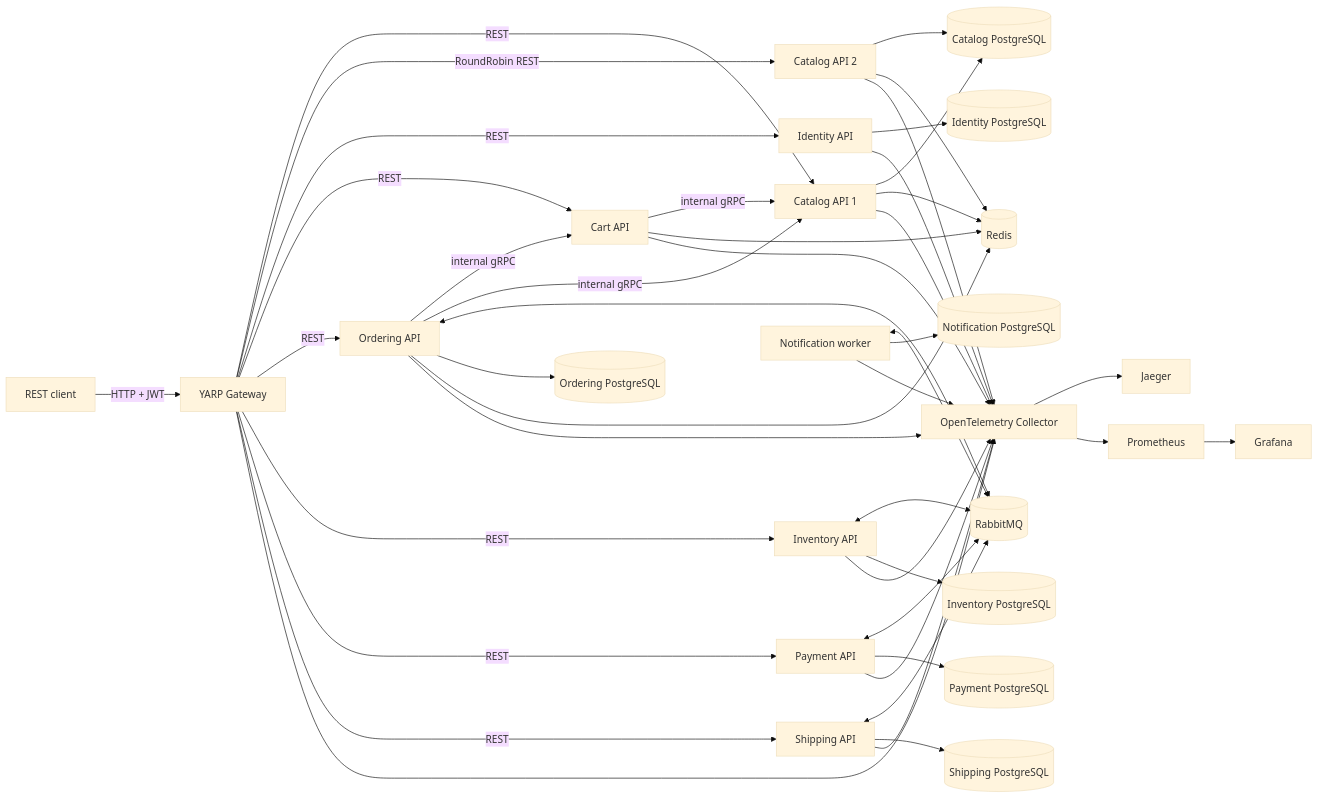
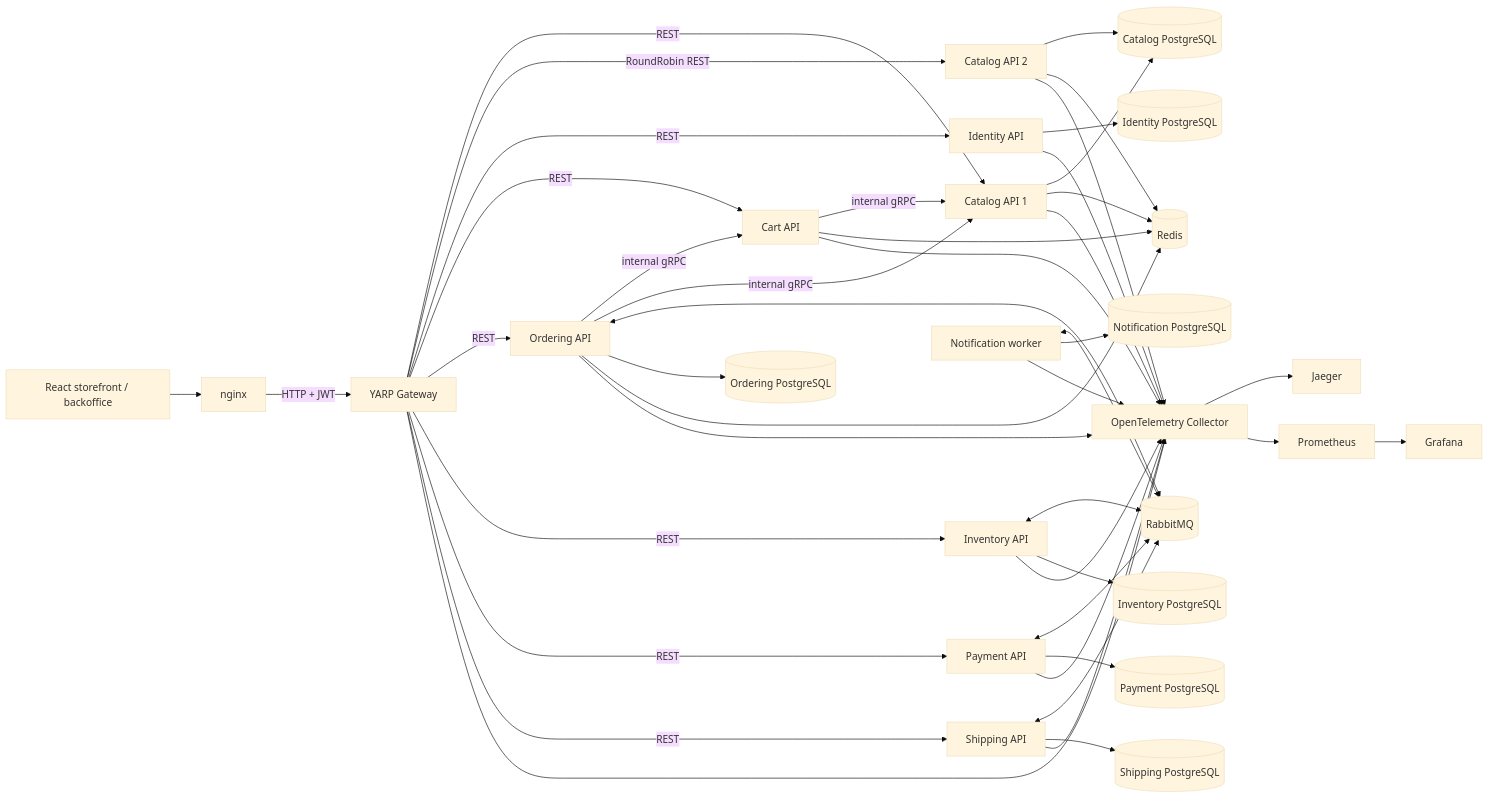
The first of 2 diagrams in README.md (vixtruong/commerce-microservices), drawn with Mermaid (base theme) before and after one commit. The commit also changed other lines of this file and 8 other files, not shown here.

Commit message:
docs(architecture): document access and repository boundaries

````diff
--- a/README.md
+++ b/README.md
@@ -7,40 +7,41 @@
 ```mermaid
 flowchart LR
-    Client[REST client] -->|HTTP + JWT| Gateway[YARP Gateway]
+    Client[React storefront / backoffice] --> Web[nginx]
+    Web -->|HTTP + JWT| Gateway[YARP Gateway]
     Gateway -->|REST| Catalog1[Catalog API 1]
     Gateway -->|RoundRobin REST| Catalog2[Catalog API 2]
     Gateway -->|REST| Identity[Identity API]
     Gateway -->|REST| Cart[Cart API]
     Gateway -->|REST| Ordering[Ordering API]
     Gateway -->|REST| Inventory[Inventory API]
     Gateway -->|REST| Payment[Payment API]
     Gateway -->|REST| Shipping[Shipping API]
 
     Cart -->|internal gRPC| Catalog1
     Ordering -->|internal gRPC| Cart
     Ordering -->|internal gRPC| Catalog1
 
     Ordering <--> Rabbit[(RabbitMQ)]
     Inventory <--> Rabbit
     Payment <--> Rabbit
     Shipping <--> Rabbit
     Notification[Notification worker] <--> Rabbit
 
     Catalog1 --> CatalogDb[(Catalog PostgreSQL)]
     Catalog2 --> CatalogDb
     Inventory --> InventoryDb[(Inventory PostgreSQL)]
     Ordering --> OrderingDb[(Ordering PostgreSQL)]
     Payment --> PaymentDb[(Payment PostgreSQL)]
     Shipping --> ShippingDb[(Shipping PostgreSQL)]
     Identity --> IdentityDb[(Identity PostgreSQL)]
     Notification --> NotificationDb[(Notification PostgreSQL)]
     Catalog1 --> Redis[(Redis)]
     Catalog2 --> Redis
     Cart --> Redis
     Ordering --> Redis
 
     Gateway & Identity & Catalog1 & Catalog2 & Cart & Ordering & Inventory & Payment & Shipping & Notification --> OTel[OpenTelemetry Collector]
     OTel --> Jaeger[Jaeger]
     OTel --> Prometheus[Prometheus]
     Prometheus --> Grafana[Grafana]
 ```
````
